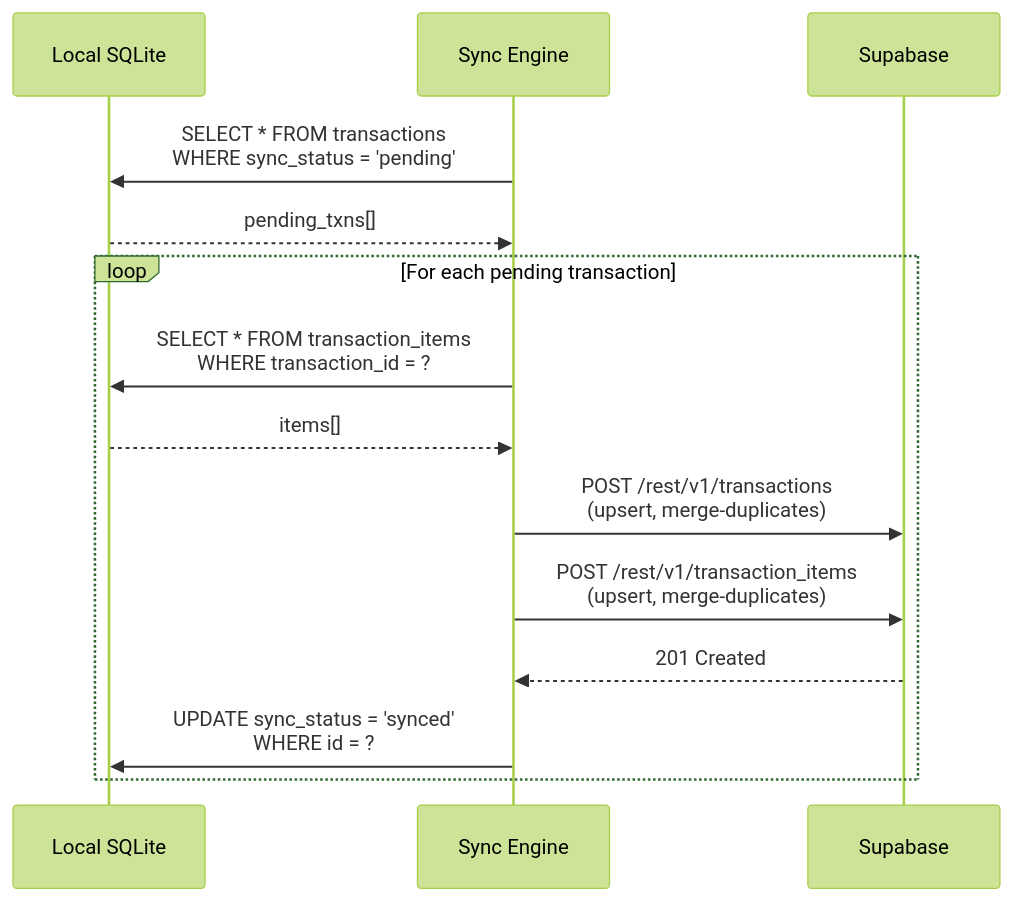
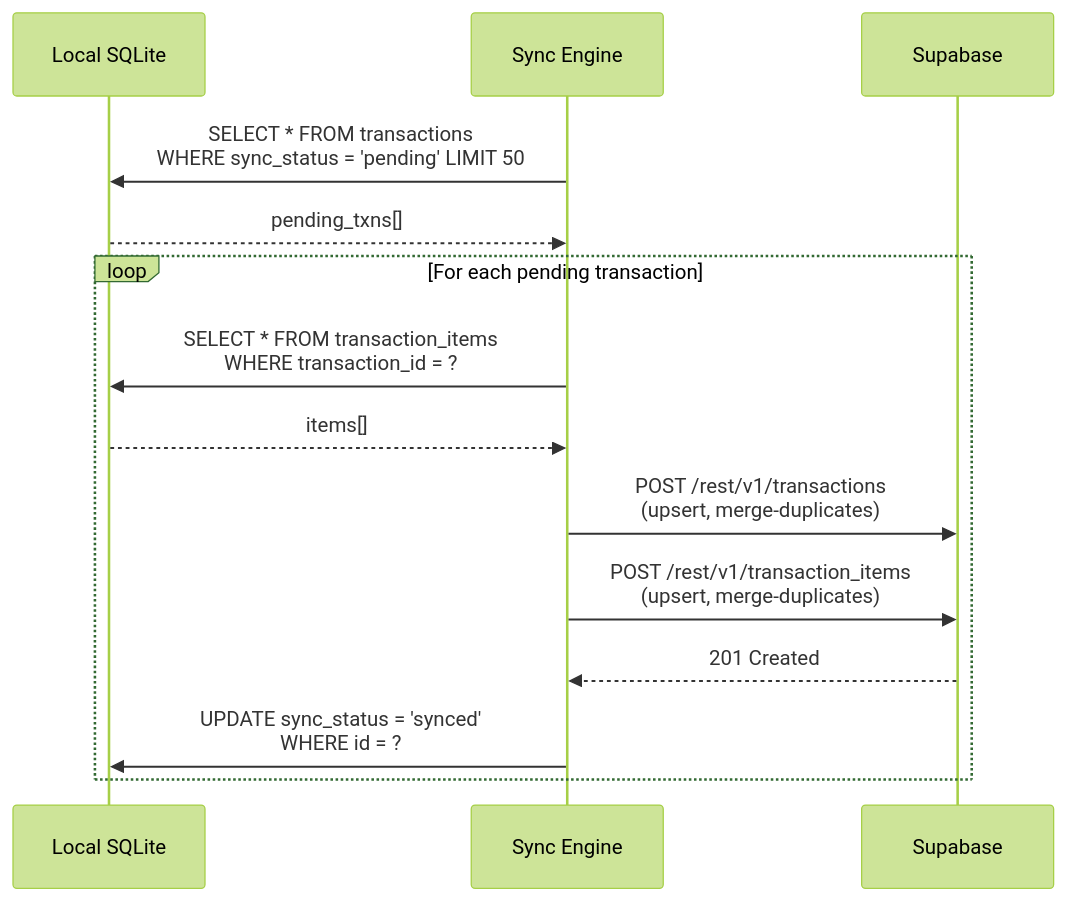
The fourth of 9 diagrams in docs/05-cloud-sync.md (BootlegYouki/at-iba-pa-pos), drawn with Mermaid (forest theme) before and after one commit. The commit also changed other lines of this file and 4 other files, not shown here.

````diff
--- a/docs/05-cloud-sync.md
+++ b/docs/05-cloud-sync.md
@@ -88,18 +126,18 @@
 ```mermaid
 sequenceDiagram
     participant Local as Local SQLite
     participant Sync as Sync Engine
     participant Cloud as Supabase
 
-    Sync->>Local: SELECT * FROM transactions<br/>WHERE sync_status = 'pending'
+    Sync->>Local: SELECT * FROM transactions<br/>WHERE sync_status = 'pending' LIMIT 50
     Local-->>Sync: pending_txns[]
     
     loop For each pending transaction
         Sync->>Local: SELECT * FROM transaction_items<br/>WHERE transaction_id = ?
         Local-->>Sync: items[]
         Sync->>Cloud: POST /rest/v1/transactions<br/>(upsert, merge-duplicates)
         Sync->>Cloud: POST /rest/v1/transaction_items<br/>(upsert, merge-duplicates)
         Cloud-->>Sync: 201 Created
         Sync->>Local: UPDATE sync_status = 'synced'<br/>WHERE id = ?
     end
 ```
````
